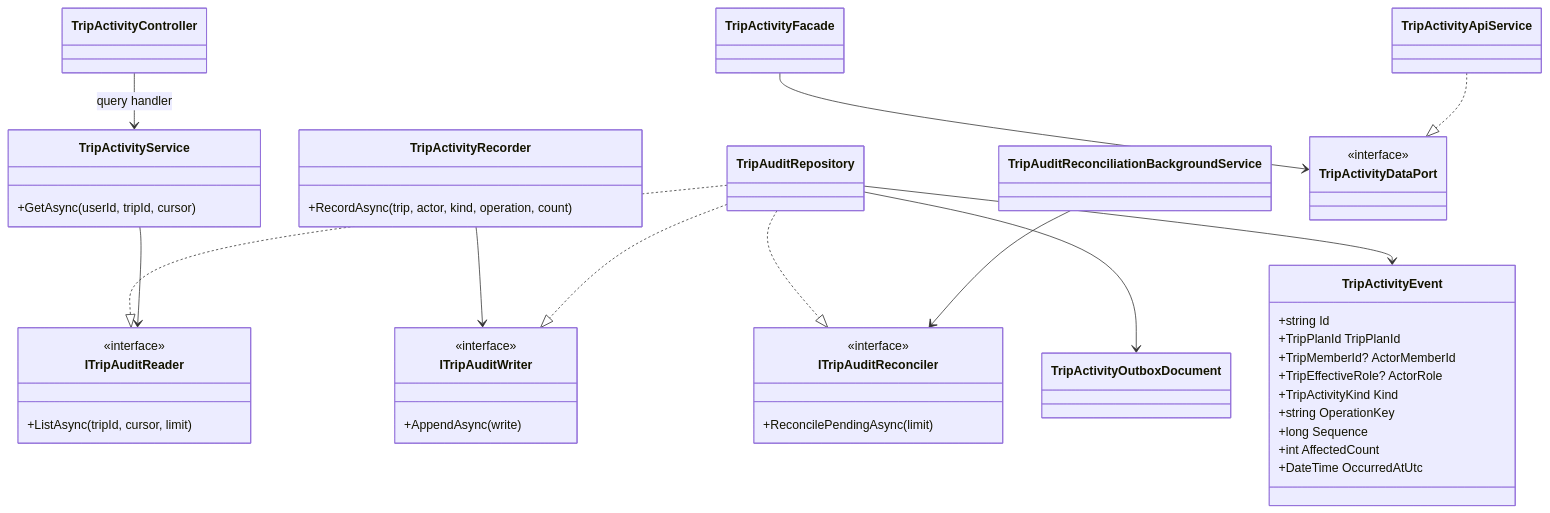
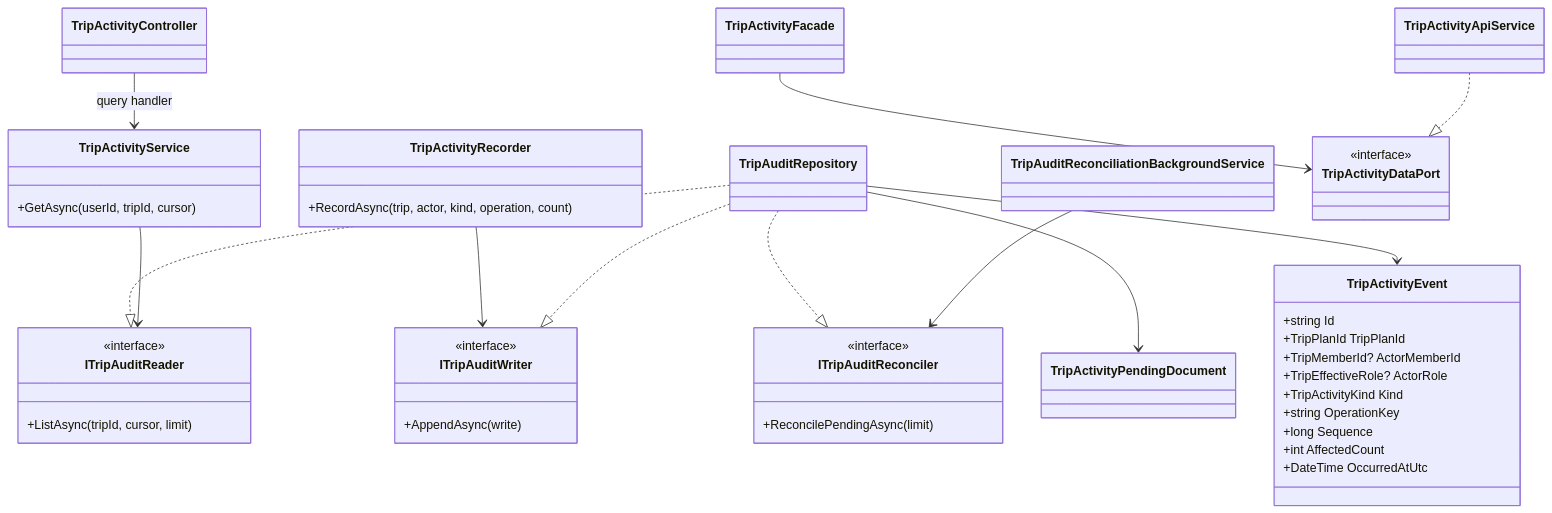
Before and after one commit to Ced59/AmusementParkProject: the first of 4 diagrams in docs/architecture/product-growth-trip-10-audit-concurrency-2026-09-18.md, drawn with Mermaid. The commit also changed other lines of this file and 47 other files, not shown here.

````diff
--- a/docs/architecture/product-growth-trip-10-audit-concurrency-2026-09-18.md
+++ b/docs/architecture/product-growth-trip-10-audit-concurrency-2026-09-18.md
@@ -49,53 +49,53 @@
 ```mermaid
 classDiagram
     class TripActivityEvent {
       +string Id
       +TripPlanId TripPlanId
       +TripMemberId? ActorMemberId
       +TripEffectiveRole? ActorRole
       +TripActivityKind Kind
       +string OperationKey
       +long Sequence
       +int AffectedCount
       +DateTime OccurredAtUtc
     }
     class TripActivityRecorder {
       +RecordAsync(trip, actor, kind, operation, count)
     }
     class ITripAuditWriter {
       <<interface>>
       +AppendAsync(write)
     }
     class ITripAuditReader {
       <<interface>>
       +ListAsync(tripId, cursor, limit)
     }
     class ITripAuditReconciler {
       <<interface>>
       +ReconcilePendingAsync(limit)
     }
-    class TripActivityOutboxDocument
+    class TripActivityPendingDocument
     class TripAuditReconciliationBackgroundService
     class TripAuditRepository
     class TripActivityService {
       +GetAsync(userId, tripId, cursor)
     }
     class TripActivityController
     class TripActivityFacade
     class TripActivityDataPort {
       <<interface>>
     }
     class TripActivityApiService
 
     TripActivityRecorder --> ITripAuditWriter
     TripAuditRepository ..|> ITripAuditWriter
     TripAuditRepository ..|> ITripAuditReader
     TripAuditRepository ..|> ITripAuditReconciler
-    TripAuditRepository --> TripActivityOutboxDocument
+    TripAuditRepository --> TripActivityPendingDocument
     TripAuditRepository --> TripActivityEvent
     TripAuditReconciliationBackgroundService --> ITripAuditReconciler
     TripActivityService --> ITripAuditReader
     TripActivityController --> TripActivityService : query handler
     TripActivityFacade --> TripActivityDataPort
     TripActivityApiService ..|> TripActivityDataPort
 ```
````
